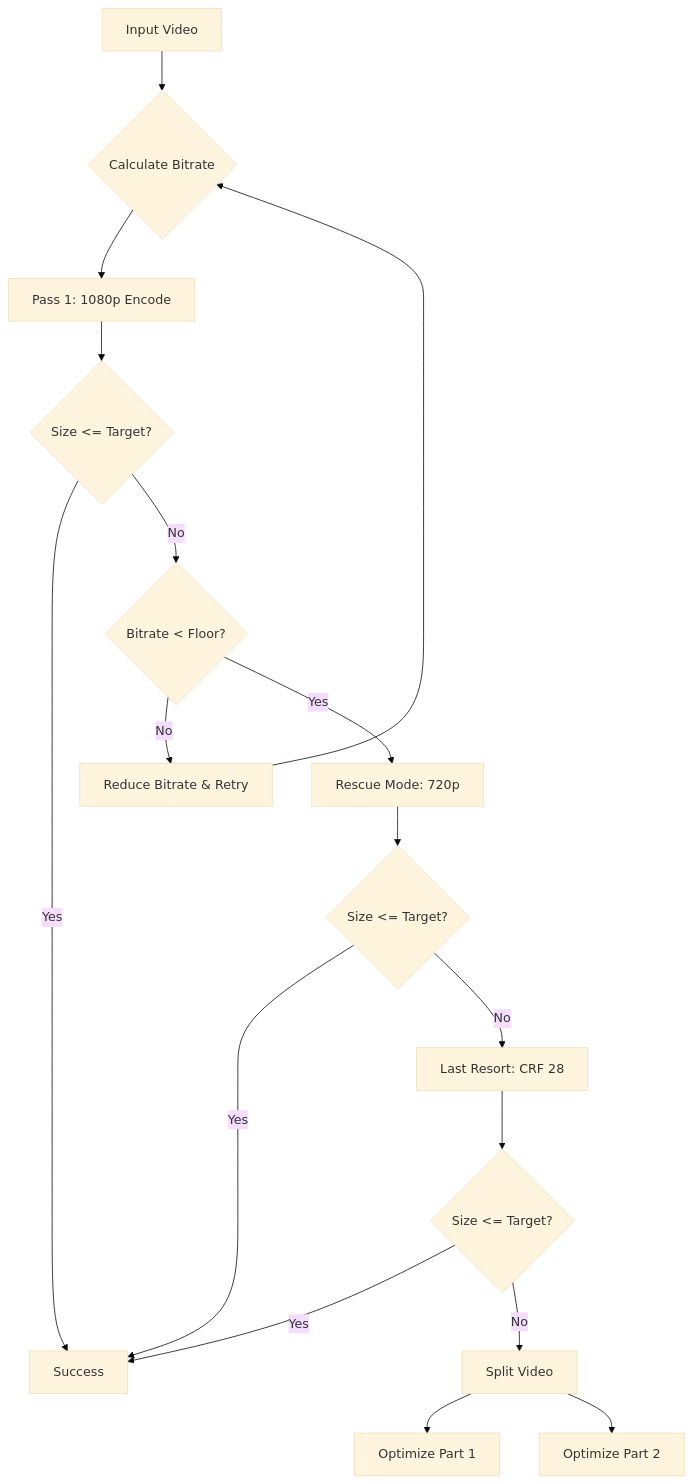
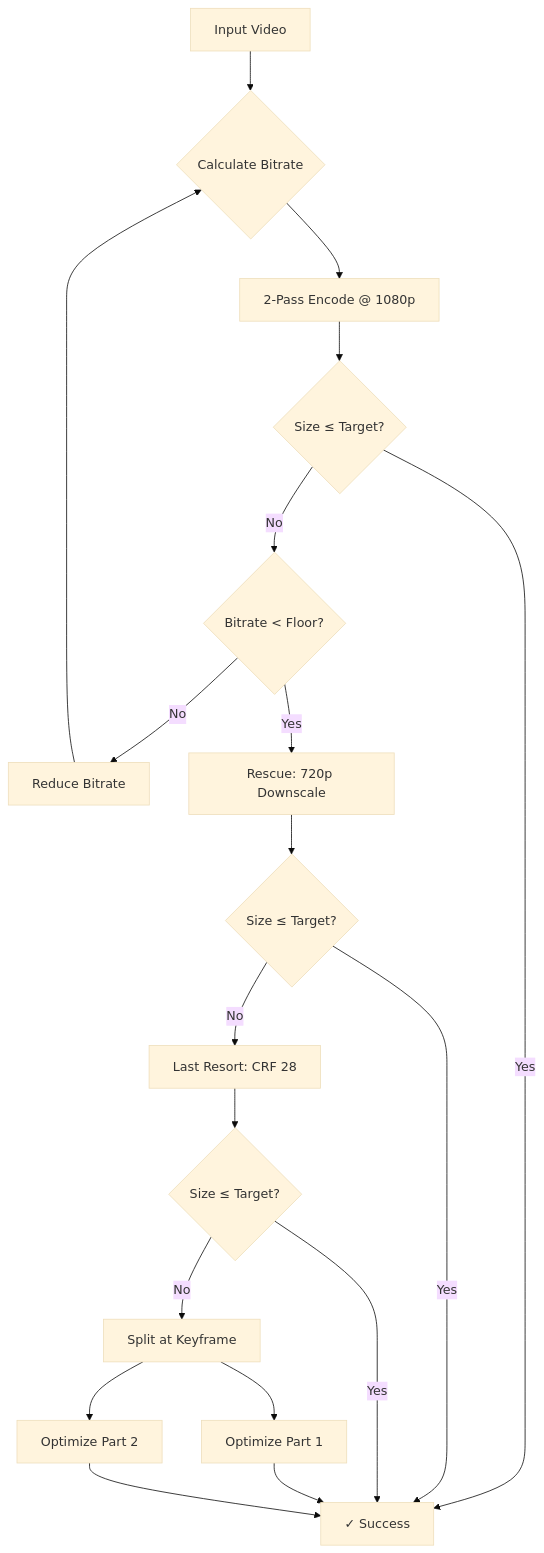
One commit to nunogomes255/ffmpeg-shrinkwrap changed the diagram in README.md. Above: the diagram before and after it, drawn with Mermaid (base theme). The commit also changed other lines of this file and 5 other files, not shown here.

````diff
--- a/README.md
+++ b/README.md
@@ -38,23 +142,26 @@
 ```mermaid
 flowchart TD
     A[Input Video] --> B{Calculate Bitrate}
-    B --> C[Pass 1: 1080p Encode]
-    C --> D{Size <= Target?}
-
-    D -- Yes --> E[Success]
+    B --> C[2-Pass Encode @ 1080p]
+    C --> D{Size ≤ Target?}
+    
+    D -- Yes --> E[✓ Success]
     D -- No --> F{Bitrate < Floor?}
-
-    F -- No --> R[Reduce Bitrate & Retry]
-    R --> B
-
-    F -- Yes --> G[Rescue Mode: 720p]
-    G --> H{Size <= Target?}
-
-    H -- Yes --> E
-    H -- No --> I[Last Resort: CRF 28]
-    I --> J{Size <= Target?}
-    J -- Yes --> E
-    J -- No --> K[Split Video]
-    K --> L[Optimize Part 1]
-    K --> M[Optimize Part 2]
+    
+    F -- No --> G[Reduce Bitrate]
+    G --> B
+    
+    F -- Yes --> H[Rescue: 720p Downscale]
+    H --> I{Size ≤ Target?}
+    
+    I -- Yes --> E
+    I -- No --> J[Last Resort: CRF 28]
+    J --> K{Size ≤ Target?}
+    
+    K -- Yes --> E
+    K -- No --> L[Split at Keyframe]
+    L --> M[Optimize Part 1]
+    L --> N[Optimize Part 2]
+    M --> E
+    N --> E
 ```
````
